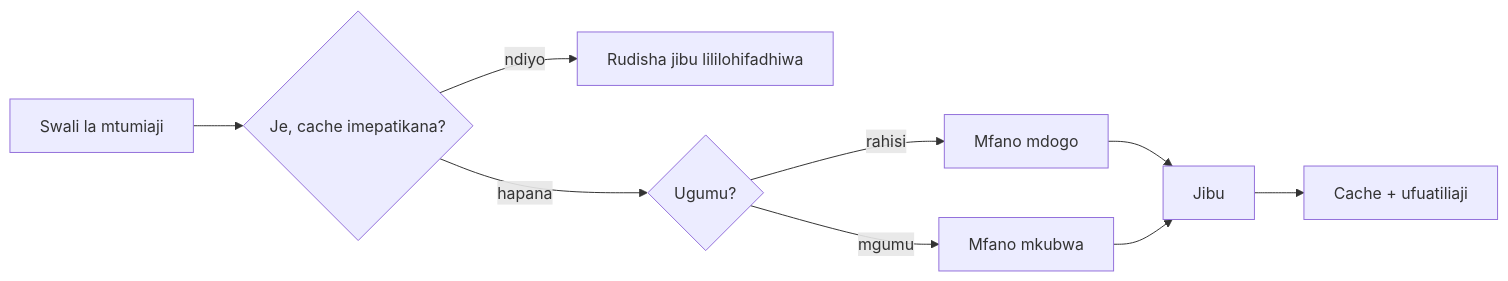
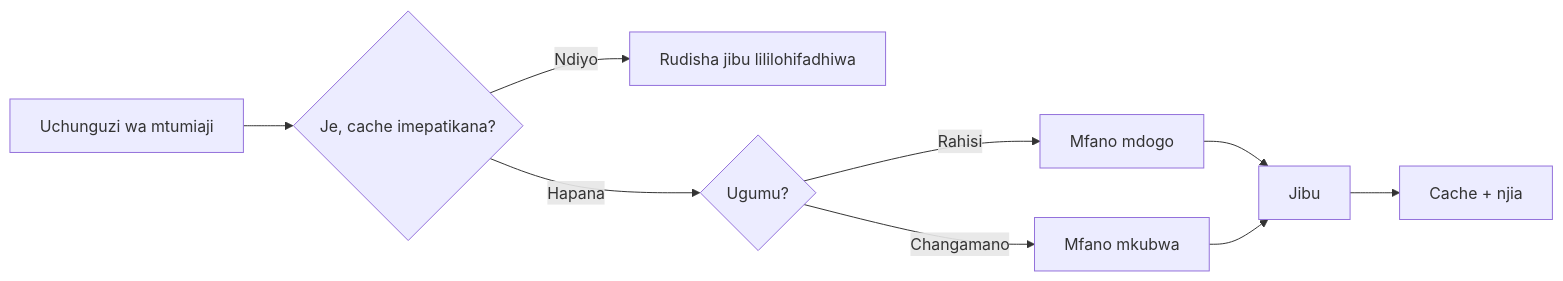
One commit to gabrielmoreira/agent-skills-mirror changed the third of 4 diagrams in mirrors/repos/microsoft@ai-agents-for-beginners/translations/sw/16-deploying-scalable-agents/README.md. Above: the diagram before and after it, drawn with Mermaid. The commit also changed other lines of this file and 4262 other files, not shown here.

````diff
--- a/mirrors/repos/microsoft@ai-agents-for-beginners/translations/sw/16-deploying-scalable-agents/README.md
+++ b/mirrors/repos/microsoft@ai-agents-for-beginners/translations/sw/16-deploying-scalable-agents/README.md
@@ -134,11 +134,11 @@
 ```mermaid
 flowchart LR
-    Q[Swali la mtumiaji] --> C{Je, cache imepatikana?}
-    C -->|ndiyo| R[Rudisha jibu lililohifadhiwa]
-    C -->|hapana| Router{Ugumu?}
-    Router -->|rahisi| SLM[Mfano mdogo]
-    Router -->|mgumu| LLM[Mfano mkubwa]
+    Q[Uchunguzi wa mtumiaji] --> C{Je, cache imepatikana?}
+    C -->|Ndiyo| R[Rudisha jibu lililohifadhiwa]
+    C -->|Hapana| Router{Ugumu?}
+    Router -->|Rahisi| SLM[Mfano mdogo]
+    Router -->|Changamano| LLM[Mfano mkubwa]
     SLM --> Out[Jibu]
     LLM --> Out
-    Out --> Store[Cache + ufuatiliaji]
+    Out --> Store[Cache + njia]
 ```
````
